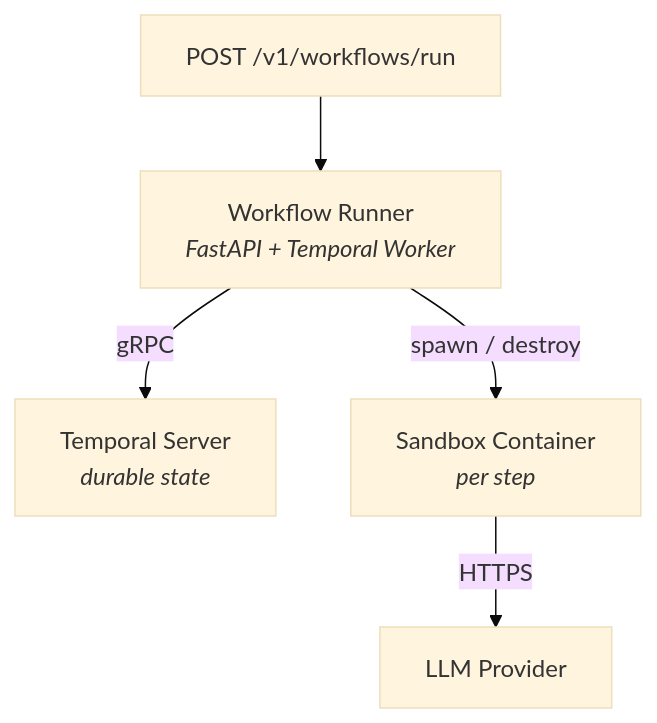
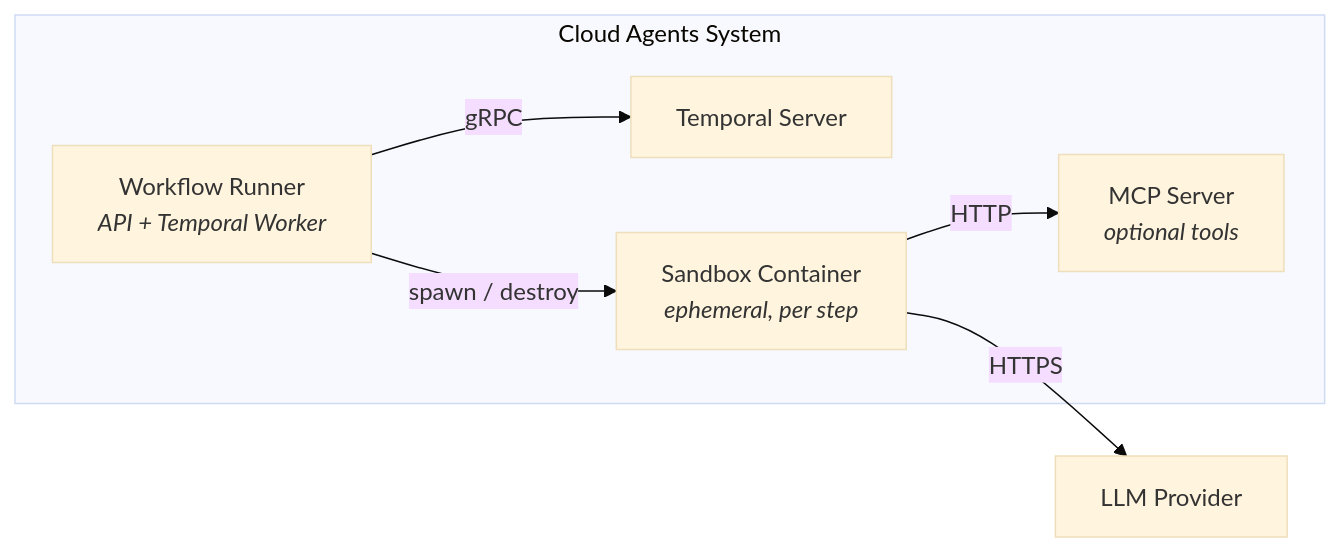
The diagram in README.md (jameswnl/lightspeed-cloud-agents), drawn with Mermaid (base theme) before and after one commit. The commit also changed other lines of this file and 1 other file, not shown here.

````diff
--- a/README.md
+++ b/README.md
@@ -23,7 +41,15 @@
 ```mermaid
-graph TD
-    API["POST /v1/workflows/run"] --> WR["Workflow Runner<br/><i>FastAPI + Temporal Worker</i>"]
-    WR -- "gRPC" --> TS["Temporal Server<br/><i>durable state</i>"]
-    WR -- "spawn / destroy" --> SB["Sandbox Container<br/><i>per step</i>"]
-    SB -- "HTTPS" --> LLM["LLM Provider"]
+graph LR
+    subgraph cluster["Cloud Agents System"]
+        WR["Workflow Runner<br/><i>API + Temporal Worker</i>"]
+        TS["Temporal Server"]
+        SB["Sandbox Container<br/><i>ephemeral, per step</i>"]
+        MCP["MCP Server<br/><i>optional tools</i>"]
+    end
+    LLM["LLM Provider"]
+
+    WR -- "gRPC" --> TS
+    WR -- "spawn / destroy" --> SB
+    SB -- "HTTPS" --> LLM
+    SB -- "HTTP" --> MCP
 ```
````
